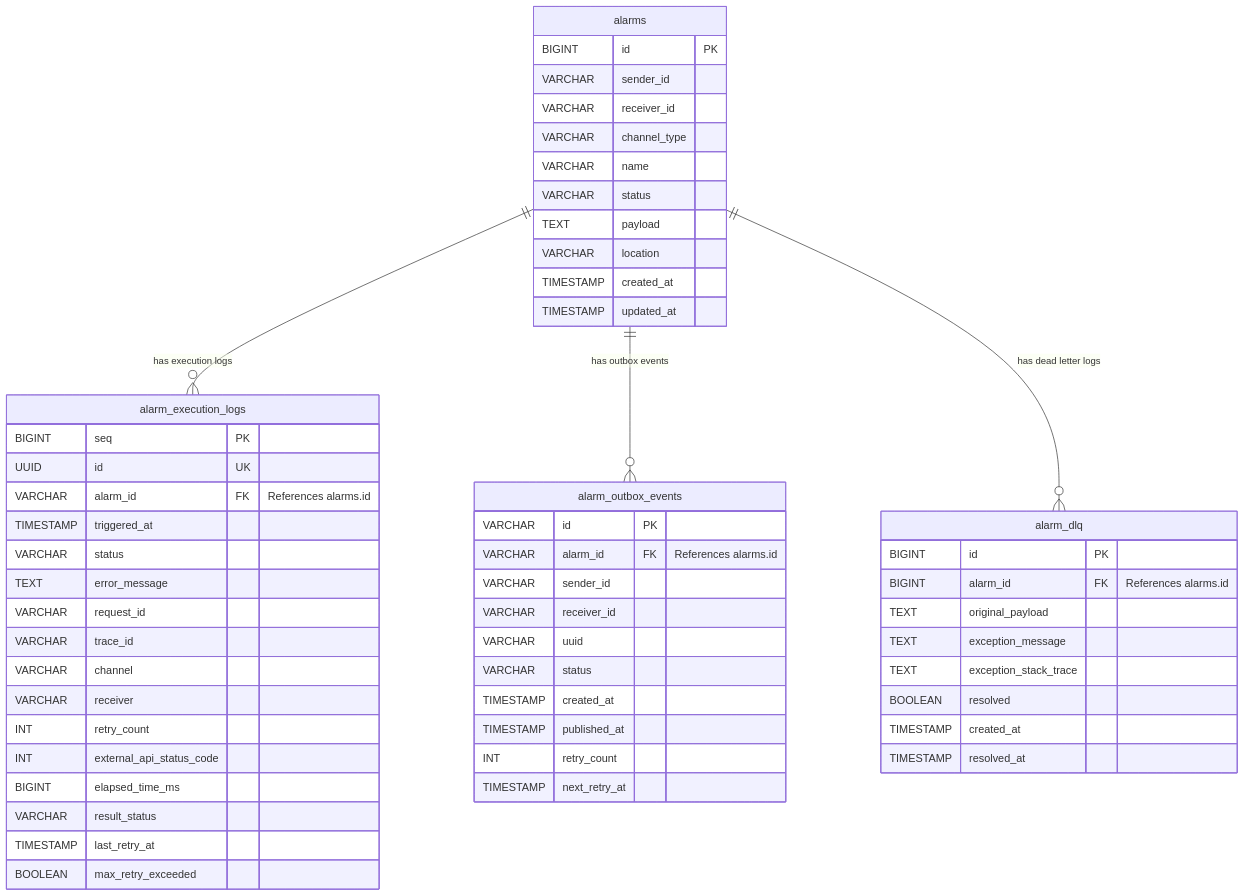
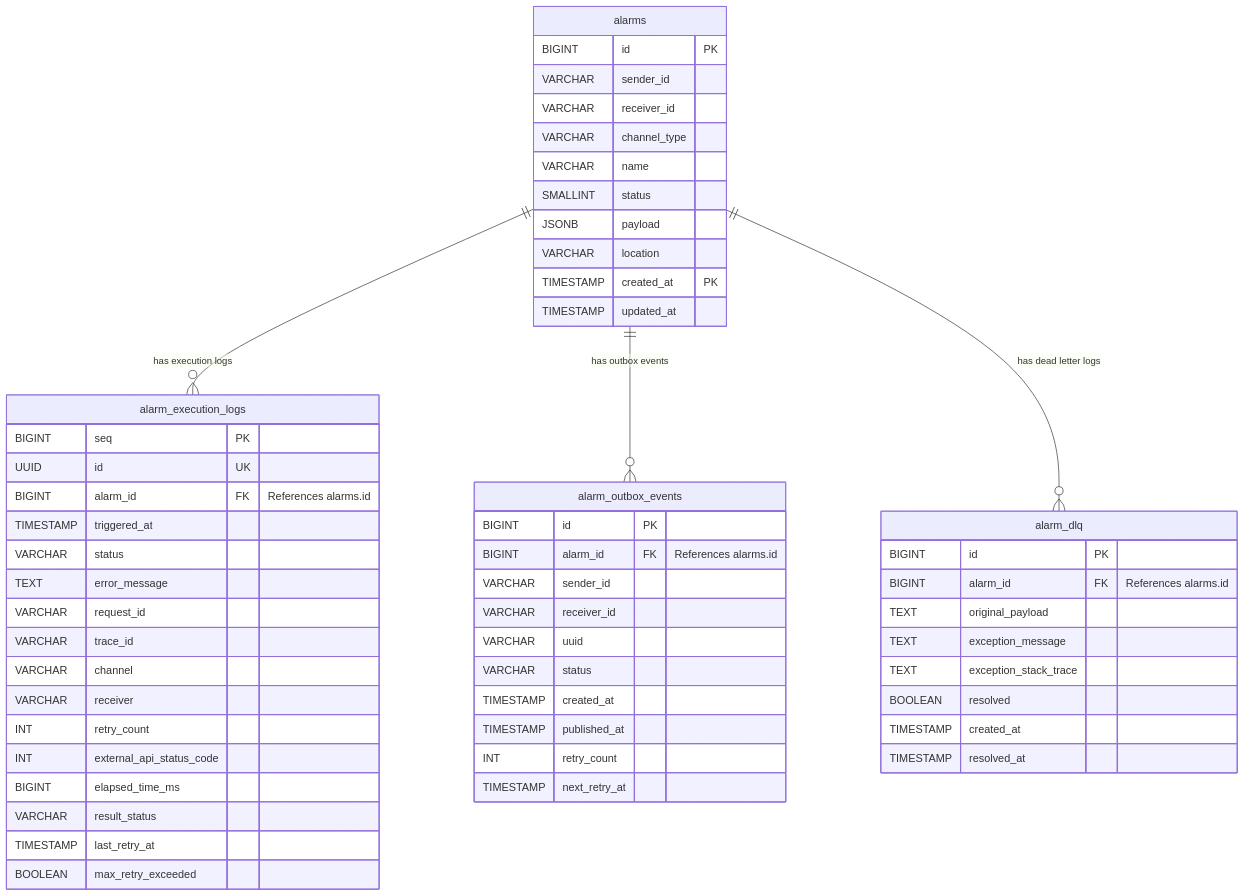
Before and after one commit to wonjae124/messege_api: the diagram in docs/db/ERD.md, drawn with Mermaid. The commit also changed other lines of this file and 27 other files, not shown here.

````diff
--- a/docs/db/ERD.md
+++ b/docs/db/ERD.md
@@ -7,62 +7,62 @@
 ```mermaid
 erDiagram
     alarms ||--o{ alarm_execution_logs : "has execution logs"
     alarms ||--o{ alarm_outbox_events : "has outbox events"
     alarms ||--o{ alarm_dlq : "has dead letter logs"
 
     alarms {
         BIGINT id PK
         VARCHAR sender_id
         VARCHAR receiver_id
         VARCHAR channel_type
         VARCHAR name
-        VARCHAR status
-        TEXT payload
+        SMALLINT status
+        JSONB payload
         VARCHAR location
-        TIMESTAMP created_at
+        TIMESTAMP created_at PK
         TIMESTAMP updated_at
     }
 
     alarm_execution_logs {
         BIGINT seq PK
         UUID id UK
-        VARCHAR alarm_id FK "References alarms.id"
+        BIGINT alarm_id FK "References alarms.id"
         TIMESTAMP triggered_at
         VARCHAR status
         TEXT error_message
         VARCHAR request_id
         VARCHAR trace_id
         VARCHAR channel
         VARCHAR receiver
         INT retry_count
         INT external_api_status_code
         BIGINT elapsed_time_ms
         VARCHAR result_status
         TIMESTAMP last_retry_at
         BOOLEAN max_retry_exceeded
     }
 
     alarm_outbox_events {
-        VARCHAR id PK
-        VARCHAR alarm_id FK "References alarms.id"
+        BIGINT id PK
+        BIGINT alarm_id FK "References alarms.id"
         VARCHAR sender_id
         VARCHAR receiver_id
         VARCHAR uuid
         VARCHAR status
         TIMESTAMP created_at
         TIMESTAMP published_at
         INT retry_count
         TIMESTAMP next_retry_at
     }
 
     alarm_dlq {
         BIGINT id PK
         BIGINT alarm_id FK "References alarms.id"
         TEXT original_payload
         TEXT exception_message
         TEXT exception_stack_trace
         BOOLEAN resolved
         TIMESTAMP created_at
         TIMESTAMP resolved_at
     }
 ```
````
